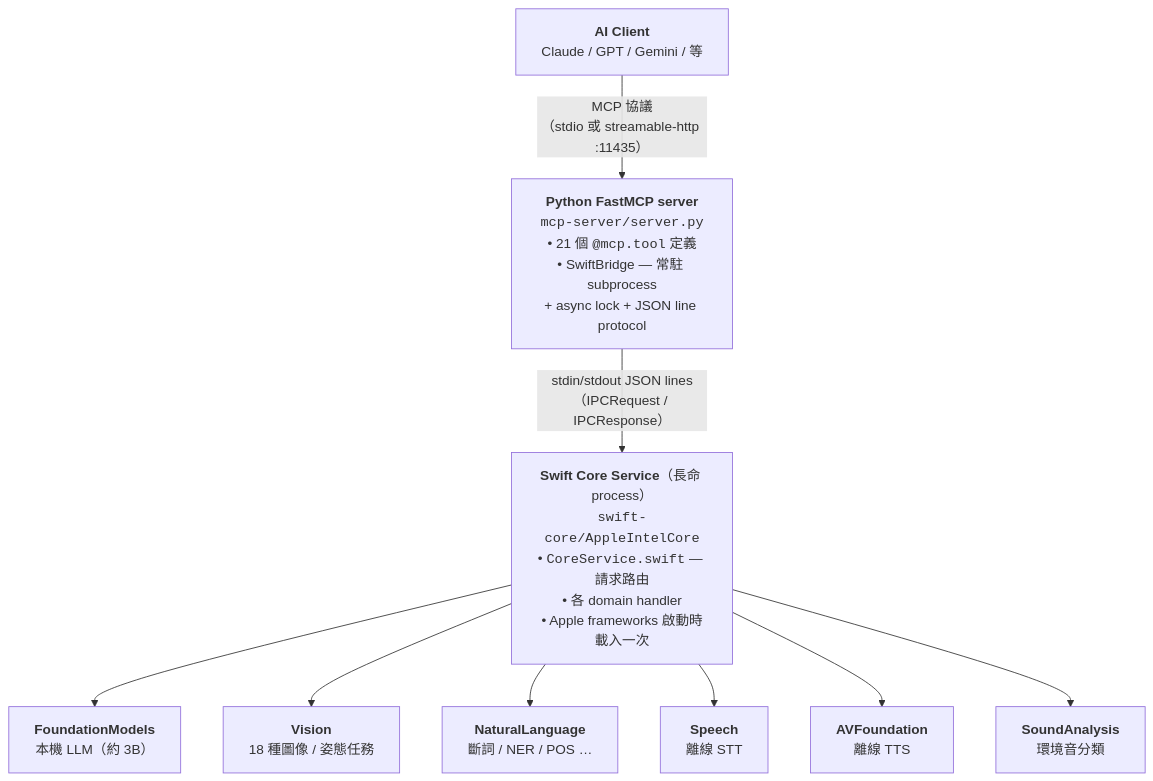
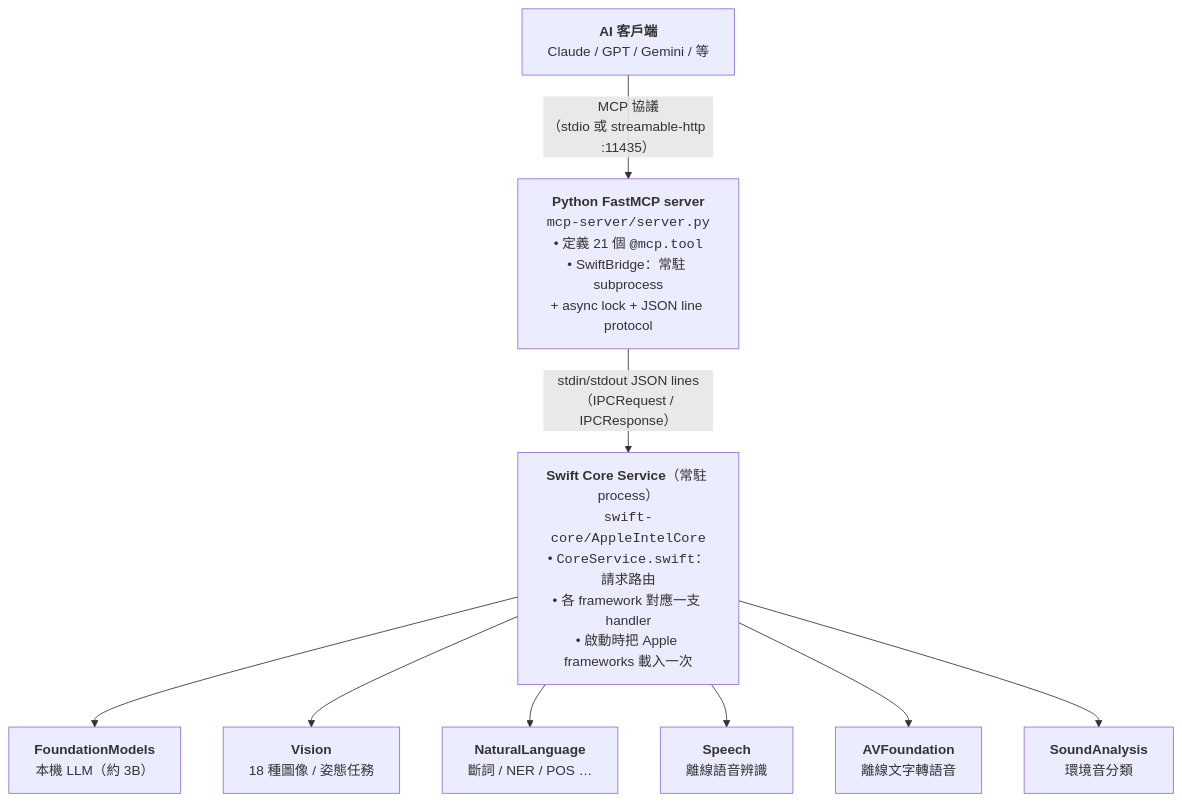
Before and after one commit to falll2000/apple-intelligence-mcp: the diagram in README.zh-Hant.md, drawn with Mermaid. The commit also changed other lines of this file, not shown here.

````diff
--- a/README.zh-Hant.md
+++ b/README.zh-Hant.md
@@ -96,22 +98,22 @@
 ```mermaid
 flowchart TD
-    Client["<b>AI Client</b><br/>Claude / GPT / Gemini / 等"]
-    MCP["<b>Python FastMCP server</b><br/><code>mcp-server/server.py</code><br/>• 21 個 <code>@mcp.tool</code> 定義<br/>• SwiftBridge — 常駐 subprocess<br/>+ async lock + JSON line protocol"]
-    Swift["<b>Swift Core Service</b>（長命 process）<br/><code>swift-core/AppleIntelCore</code><br/>• <code>CoreService.swift</code> — 請求路由<br/>• 各 domain handler<br/>• Apple frameworks 啟動時載入一次"]
+    Client["<b>AI 客戶端</b><br/>Claude / GPT / Gemini / 等"]
+    MCP["<b>Python FastMCP server</b><br/><code>mcp-server/server.py</code><br/>• 定義 21 個 <code>@mcp.tool</code><br/>• SwiftBridge：常駐 subprocess<br/>+ async lock + JSON line protocol"]
+    Swift["<b>Swift Core Service</b>（常駐 process）<br/><code>swift-core/AppleIntelCore</code><br/>• <code>CoreService.swift</code>：請求路由<br/>• 各 framework 對應一支 handler<br/>• 啟動時把 Apple frameworks 載入一次"]
 
     FM["<b>FoundationModels</b><br/>本機 LLM（約 3B）"]
     Vis["<b>Vision</b><br/>18 種圖像 / 姿態任務"]
     NL["<b>NaturalLanguage</b><br/>斷詞 / NER / POS …"]
-    Sp["<b>Speech</b><br/>離線 STT"]
-    AV["<b>AVFoundation</b><br/>離線 TTS"]
+    Sp["<b>Speech</b><br/>離線語音辨識"]
+    AV["<b>AVFoundation</b><br/>離線文字轉語音"]
     SA["<b>SoundAnalysis</b><br/>環境音分類"]
 
     Client -- "MCP 協議<br/>（stdio 或 streamable-http :11435）" --> MCP
     MCP -- "stdin/stdout JSON lines<br/>（IPCRequest / IPCResponse）" --> Swift
     Swift --> FM
     Swift --> Vis
     Swift --> NL
     Swift --> Sp
     Swift --> AV
     Swift --> SA
 ```
````
